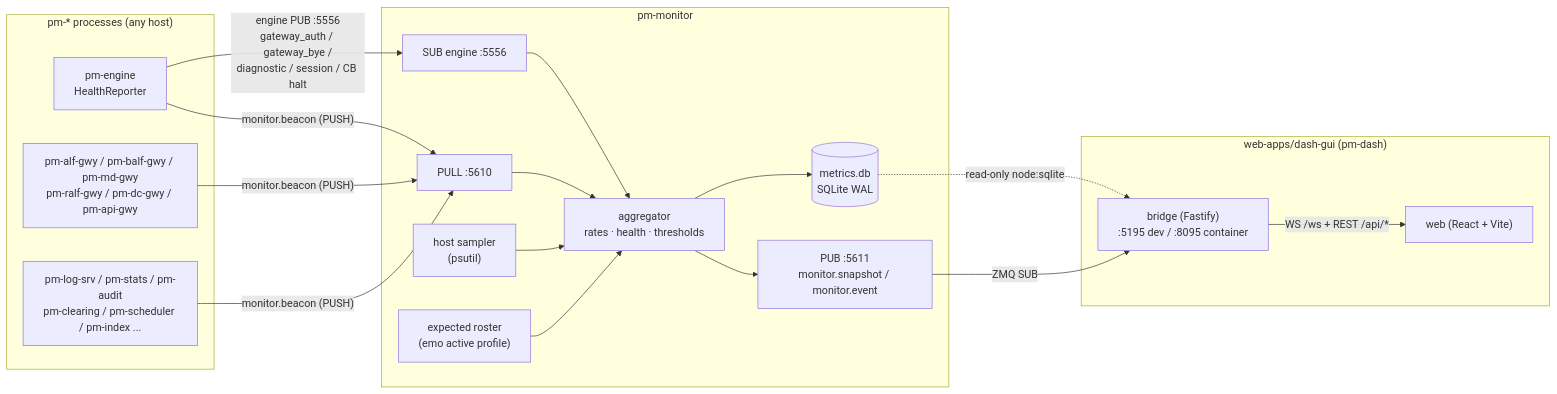
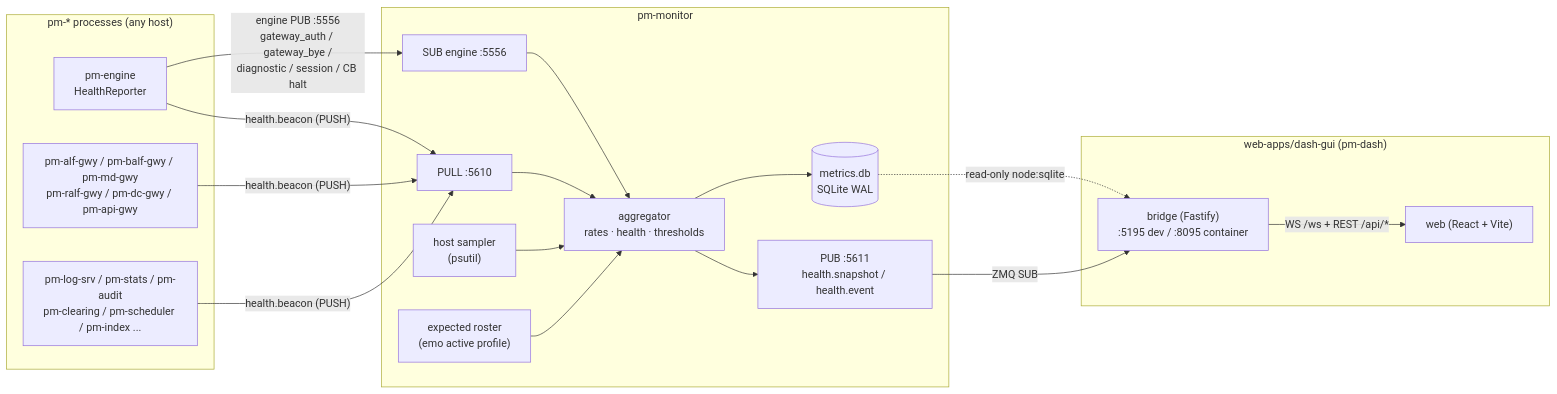
The diagram in docs-design/EduMatcher-Operator-Dashboard.md (johan162/EduMatcher), drawn with Mermaid before and after one commit. The commit also changed other lines of this file and 428 other files, not shown here.

Commit message:
Added exchange health monitor pm-monitor. New operator exchange status GUI Dashboard pm-dash. Also improved all Web-application documentations with screenshots.

````diff
--- a/docs-design/EduMatcher-Operator-Dashboard.md
+++ b/docs-design/EduMatcher-Operator-Dashboard.md
@@ -232,38 +319,38 @@
 ```mermaid
 flowchart LR
   subgraph procs["pm-* processes (any host)"]
     ENG["pm-engine<br/>HealthReporter"]
     GW["pm-alf-gwy / pm-balf-gwy / pm-md-gwy<br/>pm-ralf-gwy / pm-dc-gwy / pm-api-gwy"]
     SVC["pm-log-srv / pm-stats / pm-audit<br/>pm-clearing / pm-scheduler / pm-index ..."]
   end
 
-  ENG -- "monitor.beacon (PUSH)" --> PULL
-  GW -- "monitor.beacon (PUSH)" --> PULL
-  SVC -- "monitor.beacon (PUSH)" --> PULL
+  ENG -- "health.beacon (PUSH)" --> PULL
+  GW -- "health.beacon (PUSH)" --> PULL
+  SVC -- "health.beacon (PUSH)" --> PULL
   ENG -- "engine PUB :5556<br/>gateway_auth / gateway_bye /<br/>diagnostic / session / CB halt" --> SUB
 
   subgraph MON["pm-monitor"]
     PULL["PULL :5610"]
     SUB["SUB engine :5556"]
     HOST["host sampler<br/>(psutil)"]
     PROF["expected roster<br/>(emo active profile)"]
     AGG["aggregator<br/>rates · health · thresholds"]
-    PUB["PUB :5611<br/>monitor.snapshot / monitor.event"]
+    PUB["PUB :5611<br/>health.snapshot / health.event"]
     DB[("metrics.db<br/>SQLite WAL")]
     PULL --> AGG
     SUB --> AGG
     HOST --> AGG
     PROF --> AGG
     AGG --> PUB
     AGG --> DB
   end
 
   subgraph DASH["web-apps/dash-gui (pm-dash)"]
     BR["bridge (Fastify)<br/>:5195 dev / :8095 container"]
     WEB["web (React + Vite)"]
   end
 
   PUB -- ZMQ SUB --> BR
   DB -. "read-only node:sqlite" .-> BR
   BR -- "WS /ws + REST /api/*" --> WEB
 ```
````
